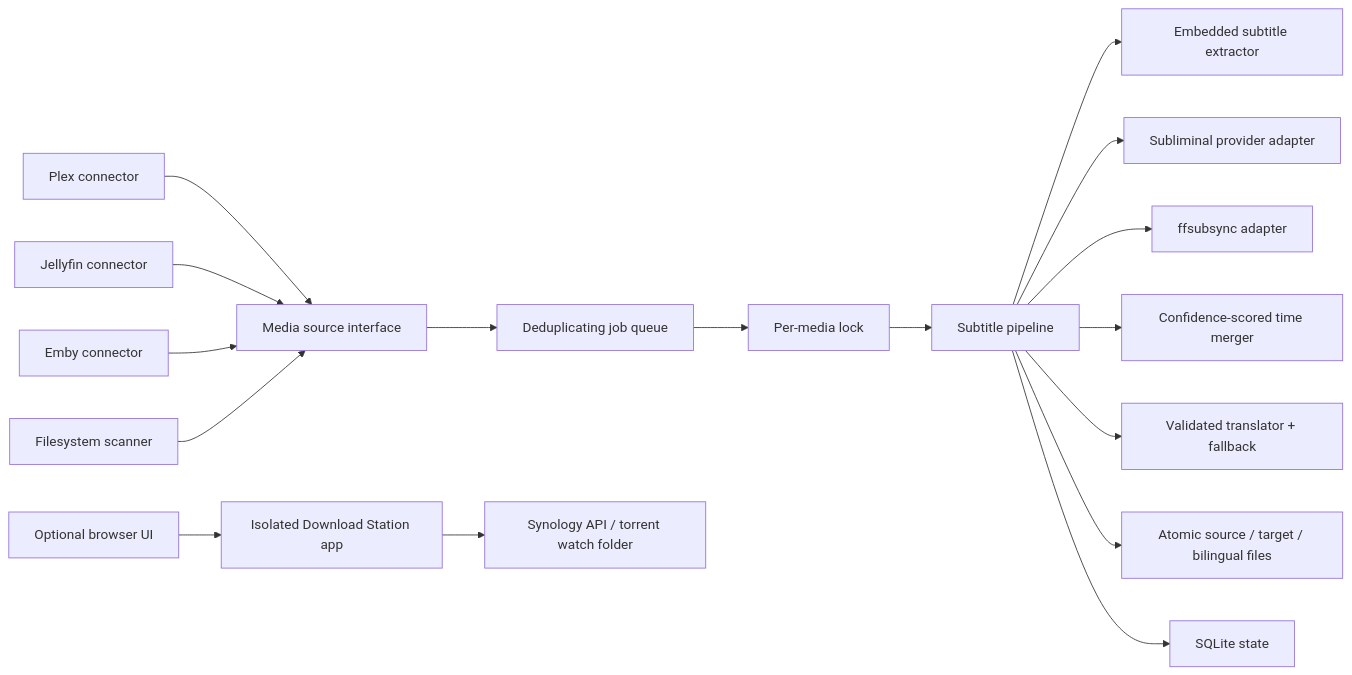
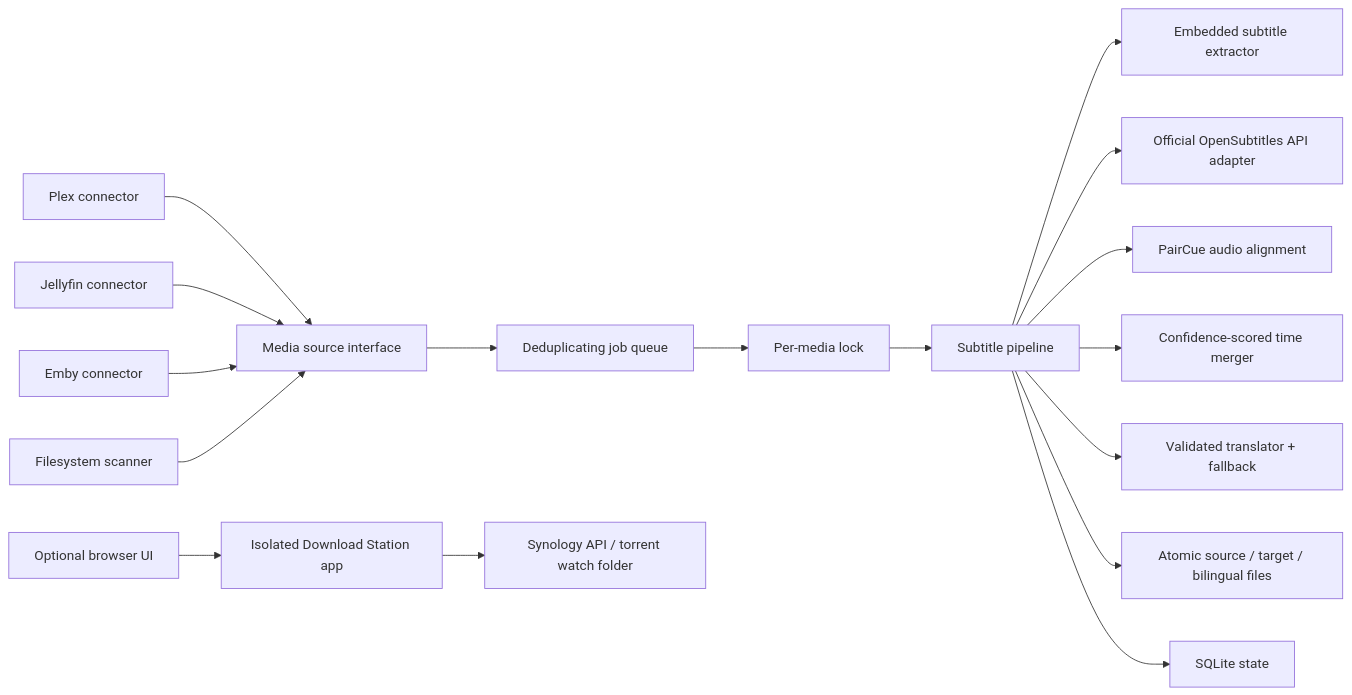
One commit to NLINEA/PairCue changed the diagram in ARCHITECTURE.md. Above: the diagram before and after it, drawn with Mermaid. The commit also changed 28 other files, not shown here.

````diff
--- a/ARCHITECTURE.md
+++ b/ARCHITECTURE.md
@@ -16,20 +16,20 @@
 ```mermaid
 flowchart LR
     Plex["Plex connector"] --> Source["Media source interface"]
     Jellyfin["Jellyfin connector"] --> Source
     Emby["Emby connector"] --> Source
     Folder["Filesystem scanner"] --> Source
     Source --> Queue["Deduplicating job queue"]
     Queue --> Lock["Per-media lock"]
     Lock --> Pipeline["Subtitle pipeline"]
     Pipeline --> Embedded["Embedded subtitle extractor"]
-    Pipeline --> Provider["Subliminal provider adapter"]
-    Pipeline --> Sync["ffsubsync adapter"]
+    Pipeline --> Provider["Official OpenSubtitles API adapter"]
+    Pipeline --> Sync["PairCue audio alignment"]
     Pipeline --> Merge["Confidence-scored time merger"]
     Pipeline --> Translate["Validated translator + fallback"]
     Pipeline --> Output["Atomic source / target / bilingual files"]
     Pipeline --> State["SQLite state"]
 
     Browser["Optional browser UI"] --> DownloadAPI["Isolated Download Station app"]
     DownloadAPI --> Synology["Synology API / torrent watch folder"]
 ```
````
